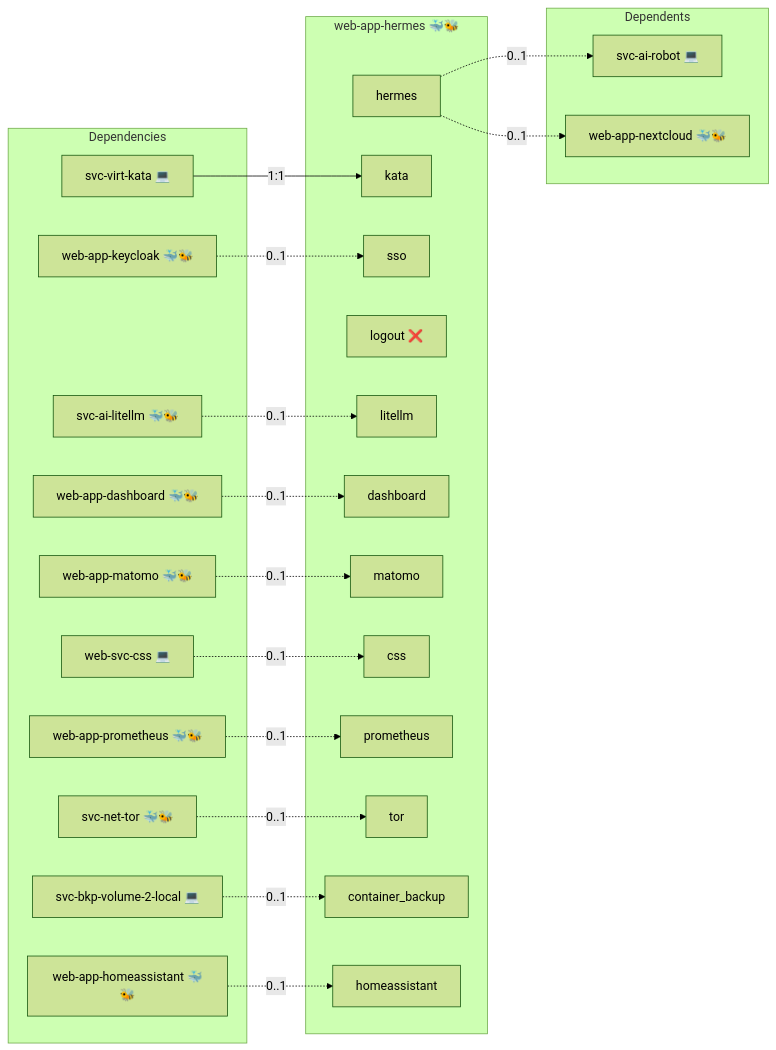
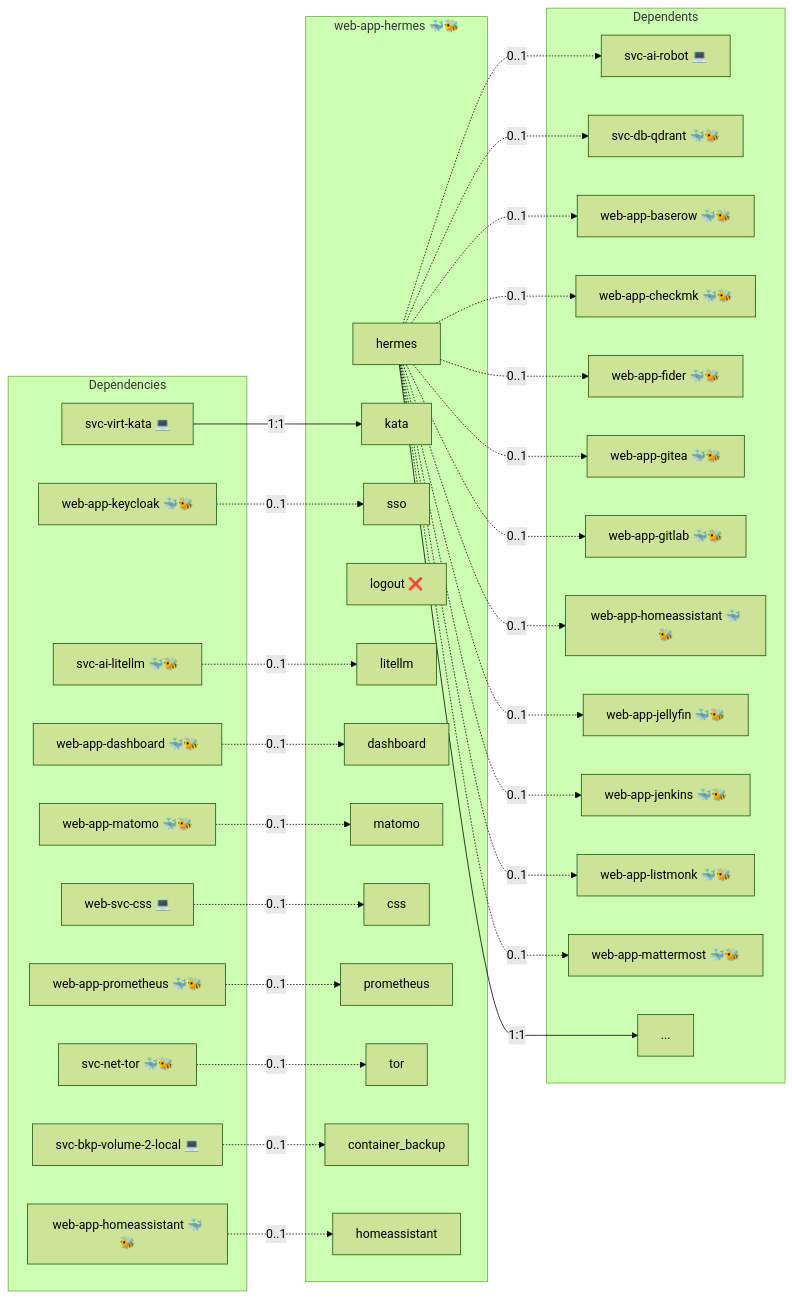
The diagram in roles/web-app-hermes/README.md (infinito-nexus/core), drawn with Mermaid (forest theme) before and after one commit. The commit also changed 101 other files, not shown here.

````diff
--- a/roles/web-app-hermes/README.md
+++ b/roles/web-app-hermes/README.md
@@ -15,45 +15,67 @@
 ```mermaid
 flowchart LR
     subgraph deps [Dependencies]
         dep_svc_ai_litellm["svc-ai-litellm 🐳🐝"]
         dep_svc_bkp_volume_2_local["svc-bkp-volume-2-local 💻"]
         dep_svc_net_tor["svc-net-tor 🐳🐝"]
         dep_svc_virt_kata["svc-virt-kata 💻"]
         dep_web_app_dashboard["web-app-dashboard 🐳🐝"]
         dep_web_app_homeassistant["web-app-homeassistant 🐳🐝"]
         dep_web_app_keycloak["web-app-keycloak 🐳🐝"]
         dep_web_app_matomo["web-app-matomo 🐳🐝"]
         dep_web_app_prometheus["web-app-prometheus 🐳🐝"]
         dep_web_svc_css["web-svc-css 💻"]
     end
     subgraph role [web-app-hermes 🐳🐝]
         svc_hermes["hermes"]
         svc_kata["kata"]
         svc_sso["sso"]
         svc_logout["logout ❌"]
         svc_litellm["litellm"]
         svc_dashboard["dashboard"]
         svc_matomo["matomo"]
         svc_css["css"]
         svc_prometheus["prometheus"]
         svc_tor["tor"]
         svc_container_backup["container_backup"]
         svc_homeassistant["homeassistant"]
     end
     subgraph dependents [Dependents]
         dpt_svc_ai_robot["svc-ai-robot 💻"]
-        dpt_web_app_nextcloud["web-app-nextcloud 🐳🐝"]
+        dpt_svc_db_qdrant["svc-db-qdrant 🐳🐝"]
+        dpt_web_app_baserow["web-app-baserow 🐳🐝"]
+        dpt_web_app_checkmk["web-app-checkmk 🐳🐝"]
+        dpt_web_app_fider["web-app-fider 🐳🐝"]
+        dpt_web_app_gitea["web-app-gitea 🐳🐝"]
+        dpt_web_app_gitlab["web-app-gitlab 🐳🐝"]
+        dpt_web_app_homeassistant["web-app-homeassistant 🐳🐝"]
+        dpt_web_app_jellyfin["web-app-jellyfin 🐳🐝"]
+        dpt_web_app_jenkins["web-app-jenkins 🐳🐝"]
+        dpt_web_app_listmonk["web-app-listmonk 🐳🐝"]
+        dpt_web_app_mattermost["web-app-mattermost 🐳🐝"]
+        dpt_more["..."]
     end
     dep_svc_ai_litellm -. "0..1" .-> svc_litellm
     dep_svc_bkp_volume_2_local -. "0..1" .-> svc_container_backup
     dep_svc_net_tor -. "0..1" .-> svc_tor
     dep_svc_virt_kata -- "1:1" --> svc_kata
     dep_web_app_dashboard -. "0..1" .-> svc_dashboard
     dep_web_app_homeassistant -. "0..1" .-> svc_homeassistant
     dep_web_app_keycloak -. "0..1" .-> svc_sso
     dep_web_app_matomo -. "0..1" .-> svc_matomo
     dep_web_app_prometheus -. "0..1" .-> svc_prometheus
     dep_web_svc_css -. "0..1" .-> svc_css
+    svc_hermes -- "1:1" --> dpt_more
     svc_hermes -. "0..1" .-> dpt_svc_ai_robot
-    svc_hermes -. "0..1" .-> dpt_web_app_nextcloud
+    svc_hermes -. "0..1" .-> dpt_svc_db_qdrant
+    svc_hermes -. "0..1" .-> dpt_web_app_baserow
+    svc_hermes -. "0..1" .-> dpt_web_app_checkmk
+    svc_hermes -. "0..1" .-> dpt_web_app_fider
+    svc_hermes -. "0..1" .-> dpt_web_app_gitea
+    svc_hermes -. "0..1" .-> dpt_web_app_gitlab
+    svc_hermes -. "0..1" .-> dpt_web_app_homeassistant
+    svc_hermes -. "0..1" .-> dpt_web_app_jellyfin
+    svc_hermes -. "0..1" .-> dpt_web_app_jenkins
+    svc_hermes -. "0..1" .-> dpt_web_app_listmonk
+    svc_hermes -. "0..1" .-> dpt_web_app_mattermost
 ```
````
